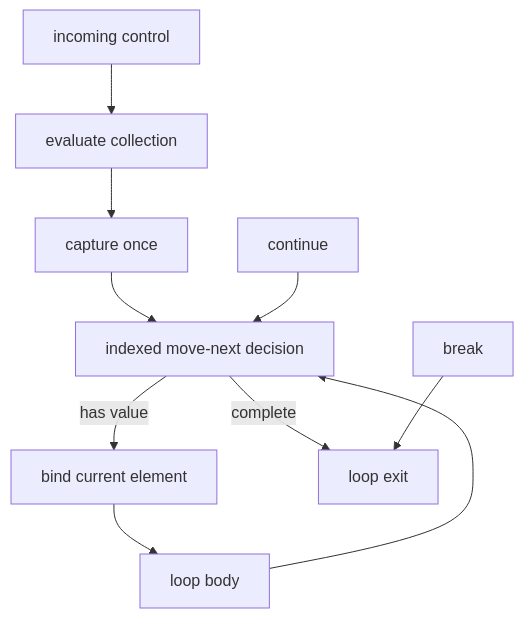
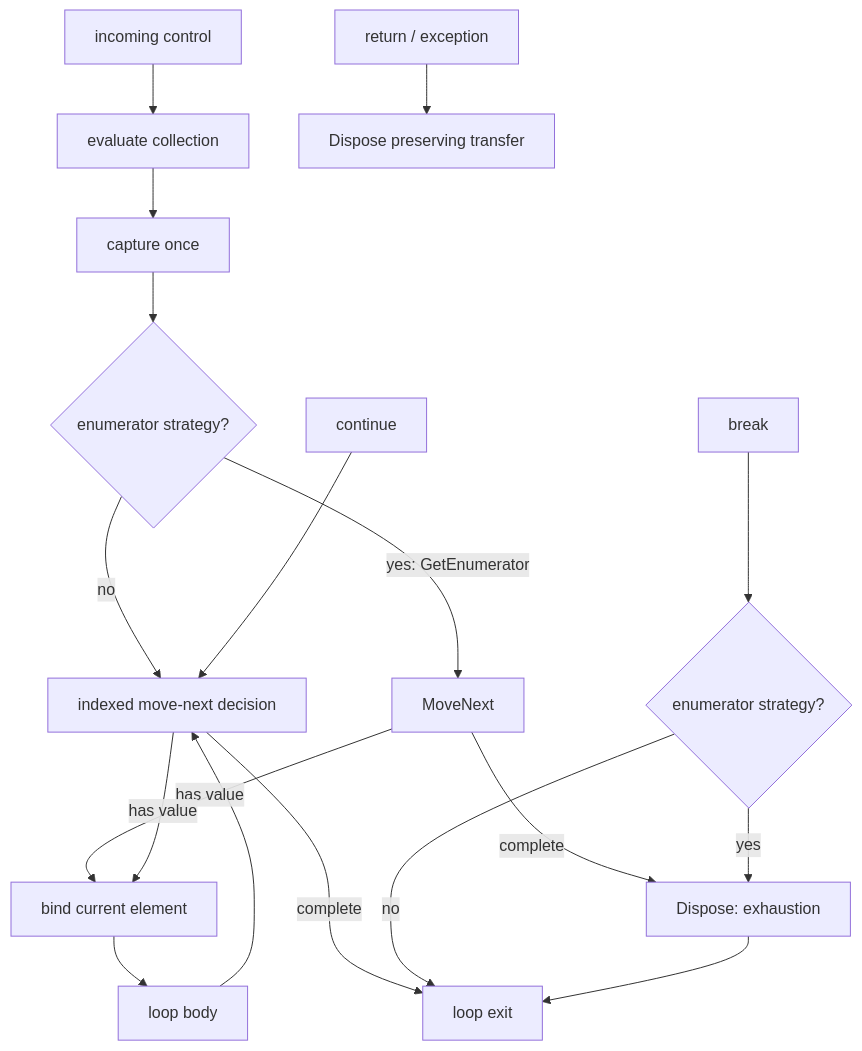
One commit to whisper3zzz/FinareScript changed the diagram in docs/FOREACH_LOOPS.md. Above: the diagram before and after it, drawn with Mermaid. The commit also changed other lines of this file and 70 other files, not shown here.

````diff
--- a/docs/FOREACH_LOOPS.md
+++ b/docs/FOREACH_LOOPS.md
@@ -67,12 +79,20 @@
 ```mermaid
 flowchart TD
     Incoming["incoming control"] --> Collection["evaluate collection"]
     Collection --> Capture["capture once"]
-    Capture --> MoveNext["indexed move-next decision"]
-    MoveNext -->|has value| Current["bind current element"]
+    Capture --> Acquire{"enumerator strategy?"}
+    Acquire -->|"no"| MoveNext["indexed move-next decision"]
+    Acquire -->|"yes: GetEnumerator"| EnumMoveNext["MoveNext"]
+    EnumMoveNext -->|"has value"| Current
+    EnumMoveNext -->|"complete"| DisposeNormal["Dispose: exhaustion"]
+    MoveNext -->|"has value"| Current["bind current element"]
     Current --> Body["loop body"]
     Body --> MoveNext
     Continue["continue"] --> MoveNext
     MoveNext -->|complete| Exit["loop exit"]
-    Break["break"] --> Exit
+    Break["break"] --> DisposeOrExit{"enumerator strategy?"}
+    DisposeOrExit -->|"no"| Exit
+    DisposeOrExit -->|"yes"| DisposeNormal
+    DisposeNormal --> Exit
+    ReturnOrThrow["return / exception"] --> DisposeTransfer["Dispose preserving transfer"]
 ```
````
